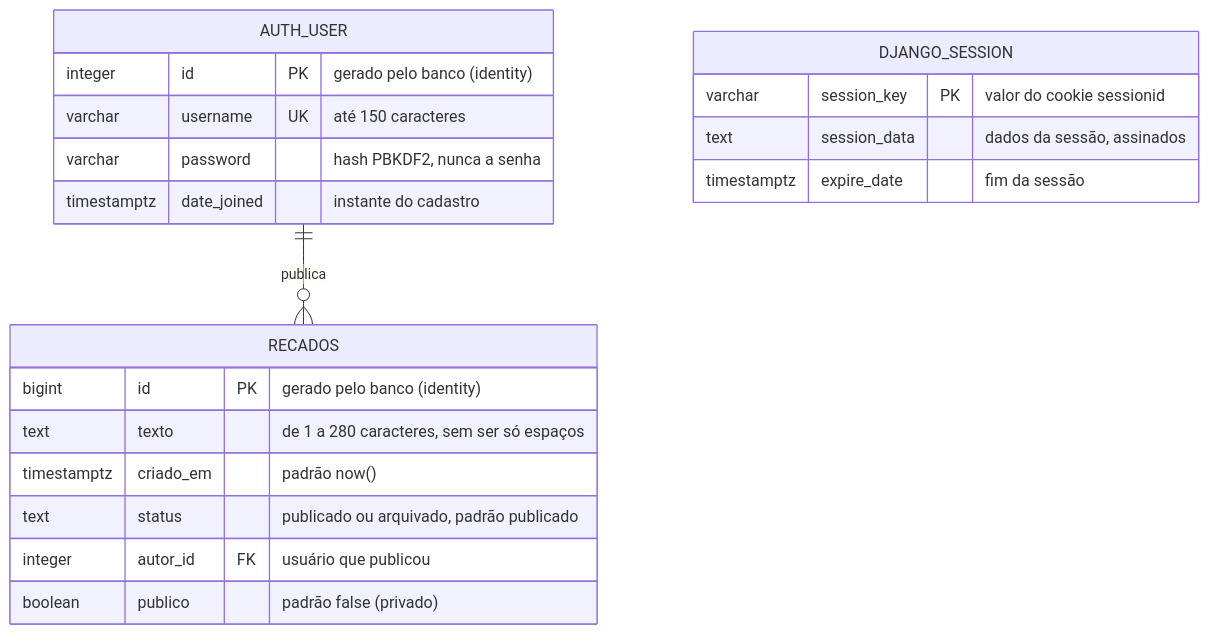
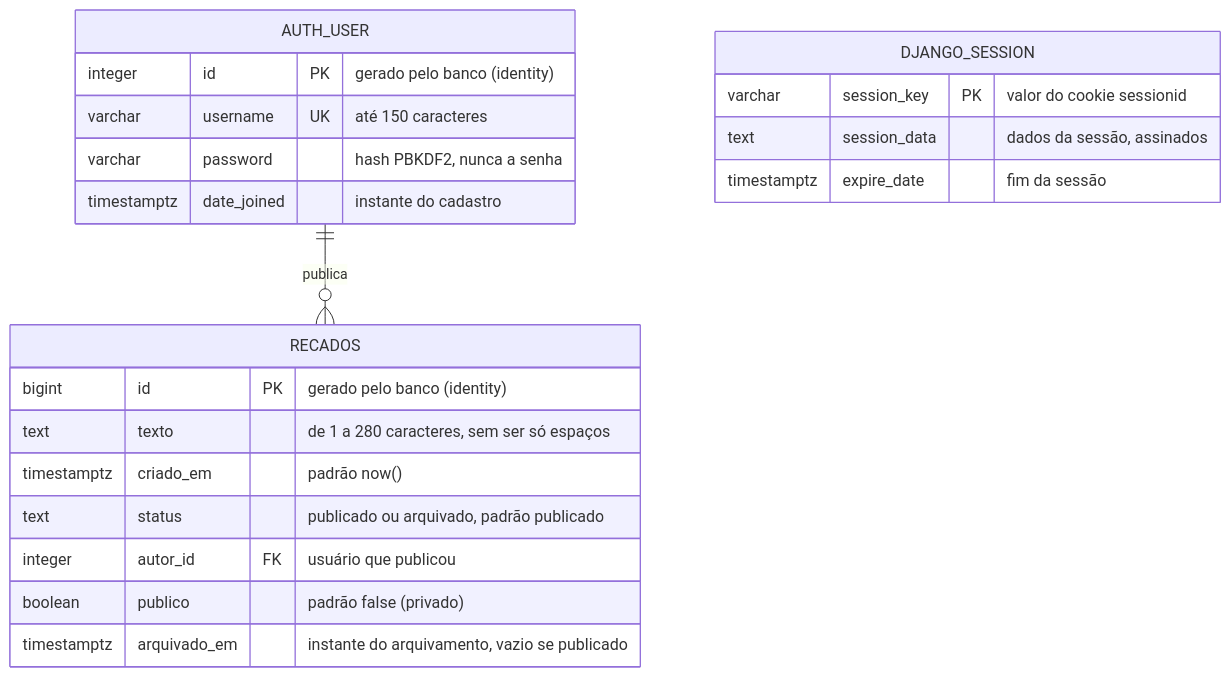
The first of 2 diagrams in docs/modelo-de-dados.md (jacksongomesbr/uft-cc-dwm-mini-mural-django), drawn with Mermaid before and after one commit. The commit also changed other lines of this file and 7 other files, not shown here.

````diff
--- a/docs/modelo-de-dados.md
+++ b/docs/modelo-de-dados.md
@@ -15,23 +15,24 @@
 ```mermaid
 erDiagram
     AUTH_USER ||--o{ RECADOS : "publica"
     AUTH_USER {
         integer id PK "gerado pelo banco (identity)"
         varchar username UK "até 150 caracteres"
         varchar password "hash PBKDF2, nunca a senha"
         timestamptz date_joined "instante do cadastro"
     }
     RECADOS {
         bigint id PK "gerado pelo banco (identity)"
         text texto "de 1 a 280 caracteres, sem ser só espaços"
         timestamptz criado_em "padrão now()"
         text status "publicado ou arquivado, padrão publicado"
         integer autor_id FK "usuário que publicou"
         boolean publico "padrão false (privado)"
+        timestamptz arquivado_em "instante do arquivamento, vazio se publicado"
     }
     DJANGO_SESSION {
         varchar session_key PK "valor do cookie sessionid"
         text session_data "dados da sessão, assinados"
         timestamptz expire_date "fim da sessão"
     }
 ```
````
